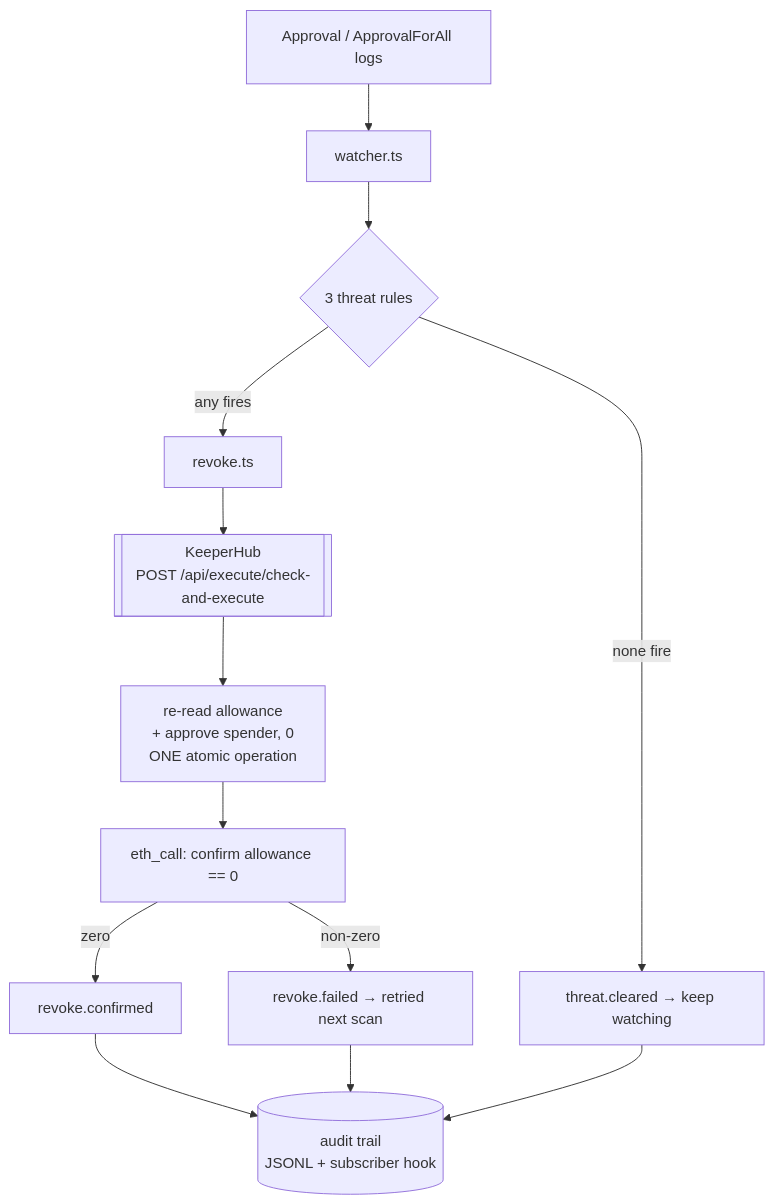
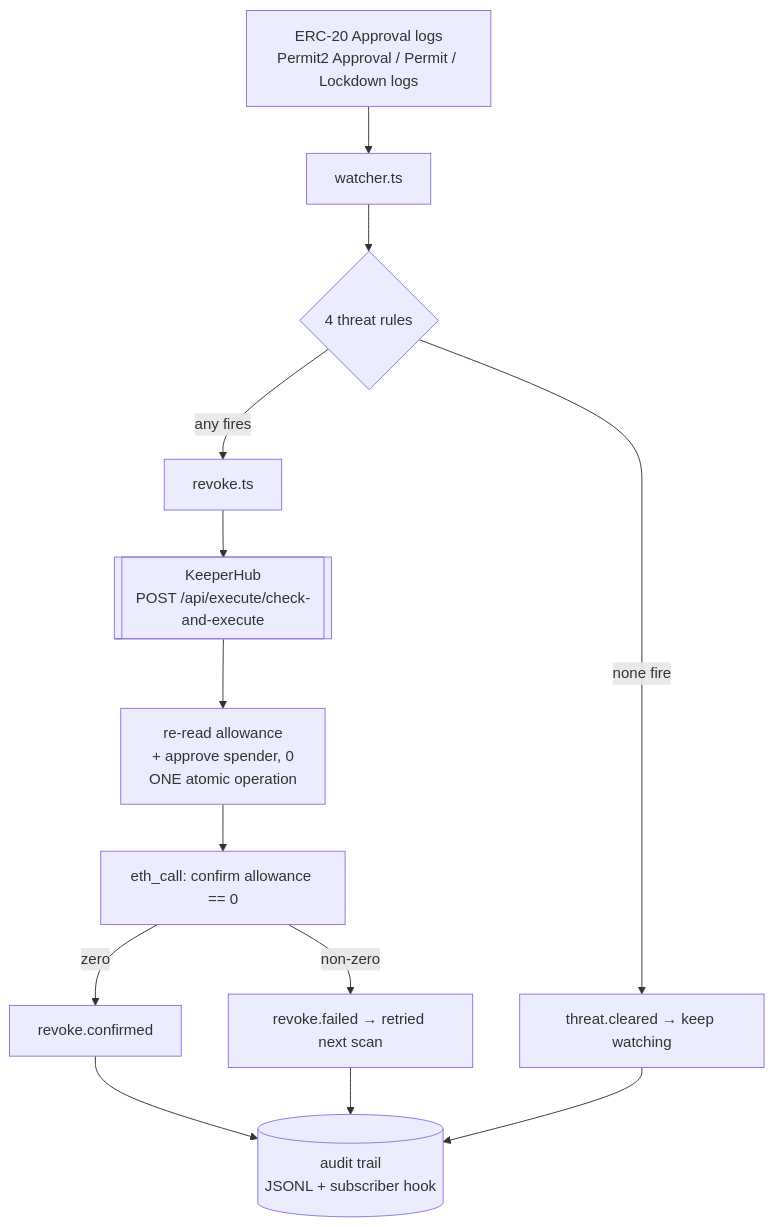
The first of 2 diagrams in ARCHITECTURE.md (edycutjong/revoker), drawn with Mermaid before and after one commit. The commit also changed 2 other files, not shown here.

First paragraph of the commit message:
docs: correct two false claims and reconcile the test counts
These were live on a public, already-submitted repo.

````diff
--- a/ARCHITECTURE.md
+++ b/ARCHITECTURE.md
@@ -16,15 +16,15 @@
 ```mermaid
 flowchart TD
-    A[Approval / ApprovalForAll logs] --> B[watcher.ts]
-    B --> C{3 threat rules}
+    A[ERC-20 Approval logs<br/>Permit2 Approval / Permit / Lockdown logs] --> B[watcher.ts]
+    B --> C{4 threat rules}
     C -->|none fire| D[threat.cleared → keep watching]
     C -->|any fires| E[revoke.ts]
     E --> F[["KeeperHub<br/>POST /api/execute/check-and-execute"]]
     F --> G[re-read allowance<br/>+ approve spender, 0<br/>ONE atomic operation]
     G --> H[eth_call: confirm allowance == 0]
     H -->|zero| I[revoke.confirmed]
     H -->|non-zero| J[revoke.failed → retried next scan]
     I --> K[(audit trail<br/>JSONL + subscriber hook)]
     J --> K
     D --> K
 ```
````
